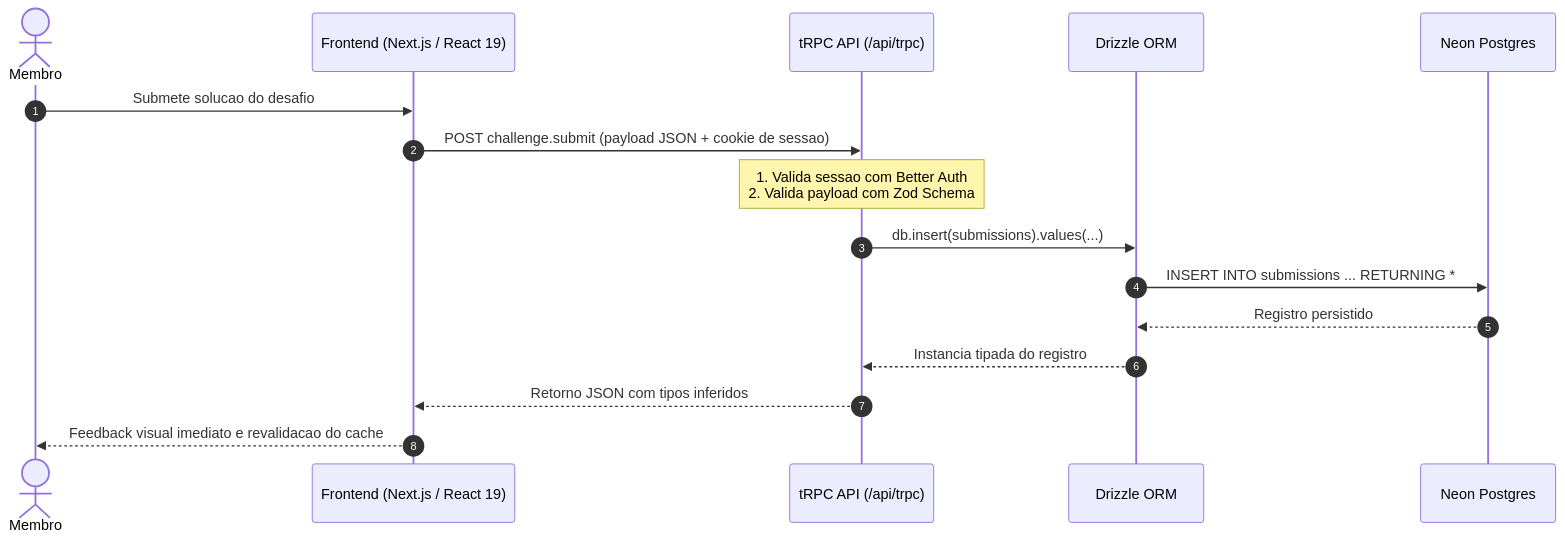
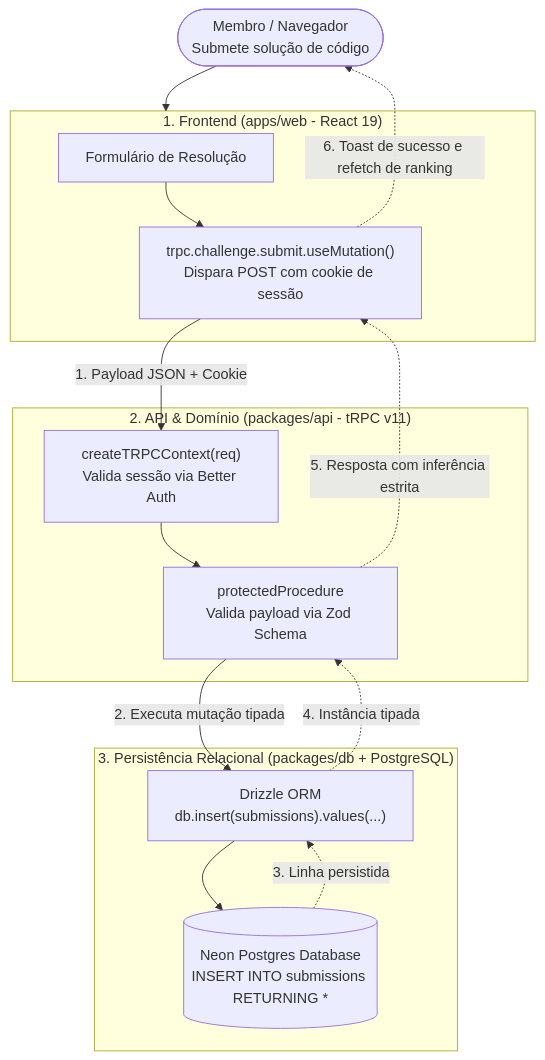
The diagram in apps/docs/src/content/docs/arquitetura/fluxo-de-dados.md (Orcestra-Trilhas/orcestra-desafios), drawn with Mermaid before and after one commit. The commit also changed 3 other files, not shown here.

Commit message:
docs: corrige trilhas, unifica animacao de cards e substitui diagramas por flowcharts legiveis

````diff
--- a/apps/docs/src/content/docs/arquitetura/fluxo-de-dados.md
+++ b/apps/docs/src/content/docs/arquitetura/fluxo-de-dados.md
@@ -14,19 +14,30 @@
 ```mermaid
-sequenceDiagram
-    autonumber
-    actor Membro as Membro
-    participant Web as Frontend (Next.js / React 19)
-    participant API as tRPC API (/api/trpc)
-    participant DB as Drizzle ORM
-    participant Postgres as Neon Postgres
+flowchart TD
+    Membro(["Membro / Navegador\nSubmete solução de código"])
 
-    Membro->>Web: Submete solucao do desafio
-    Web->>API: POST challenge.submit (payload JSON + cookie de sessao)
-    Note over API: 1. Valida sessao com Better Auth<br/>2. Valida payload com Zod Schema
-    API->>DB: db.insert(submissions).values(...)
-    DB->>Postgres: INSERT INTO submissions ... RETURNING *
-    Postgres-->>DB: Registro persistido
-    DB-->>API: Instancia tipada do registro
-    API-->>Web: Retorno JSON com tipos inferidos
-    Web-->>Membro: Feedback visual imediato e revalidacao do cache
+    subgraph Client ["1. Frontend (apps/web - React 19)"]
+        Form["Formulário de Resolução"]
+        Hook["trpc.challenge.submit.useMutation()\nDispara POST com cookie de sessão"]
+        Form --> Hook
+    end
+
+    subgraph Server ["2. API & Domínio (packages/api - tRPC v11)"]
+        Context["createTRPCContext(req)\nValida sessão via Better Auth"]
+        Procedure["protectedProcedure\nValida payload via Zod Schema"]
+        Context --> Procedure
+    end
+
+    subgraph Database ["3. Persistência Relacional (packages/db + PostgreSQL)"]
+        Drizzle["Drizzle ORM\ndb.insert(submissions).values(...)"]
+        Postgres[("Neon Postgres Database\nINSERT INTO submissions RETURNING *")]
+        Drizzle --> Postgres
+    end
+
+    Membro --> Client
+    Hook -->|"1. Payload JSON + Cookie"| Context
+    Procedure -->|"2. Executa mutação tipada"| Drizzle
+    Postgres -.->|"3. Linha persistida"| Drizzle
+    Drizzle -.->|"4. Instância tipada"| Procedure
+    Procedure -.->|"5. Resposta com inferência estrita"| Hook
+    Hook -.->|"6. Toast de sucesso e refetch de ranking"| Membro
 ```
````
